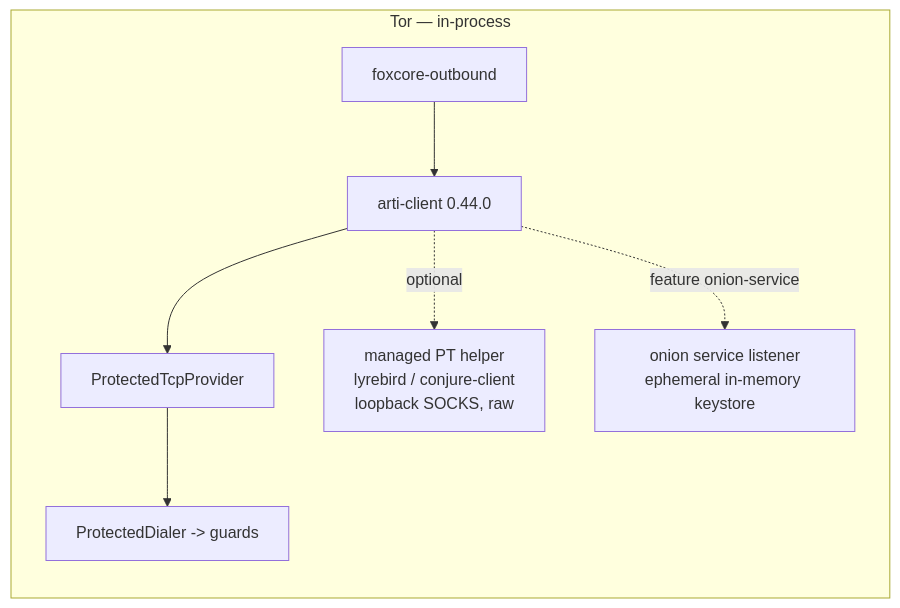
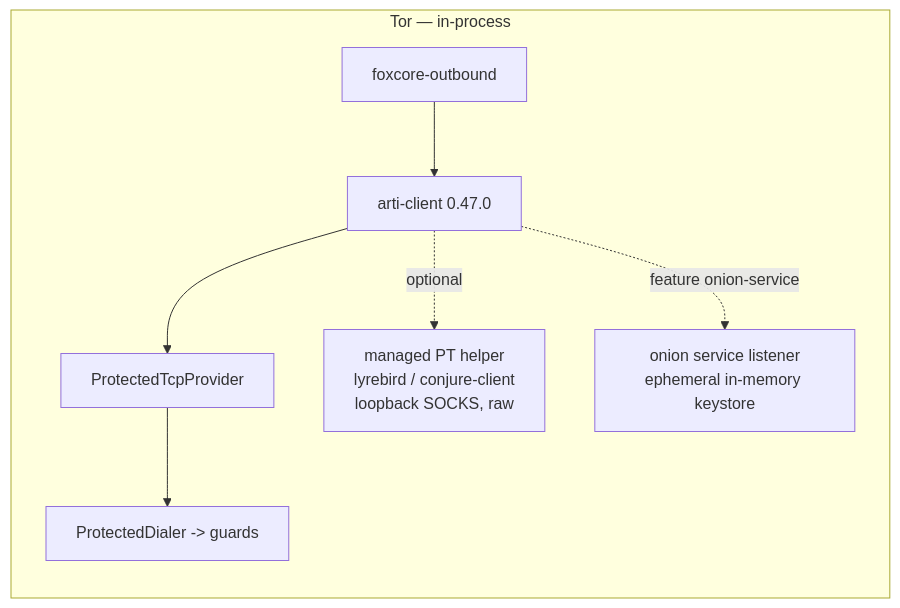
One commit to foxhole-team/foxhole-core changed the second of 5 diagrams in docs/architecture/01-protocols.md. Above: the diagram before and after it, drawn with Mermaid. The commit also changed other lines of this file and 1788 other files, not shown here.

````diff
--- a/docs/architecture/01-protocols.md
+++ b/docs/architecture/01-protocols.md
@@ -139,10 +139,10 @@
 ```mermaid
 flowchart LR
     subgraph tor["Tor — in-process"]
-        A["foxcore-outbound"] --> B["arti-client 0.44.0"]
+        A["foxcore-outbound"] --> B["arti-client 0.47.0"]
         B --> C["ProtectedTcpProvider"]
         C --> D["ProtectedDialer -> guards"]
         B -.->|optional| E["managed PT helper<br/>lyrebird / conjure-client<br/>loopback SOCKS, raw"]
         B -.->|feature onion-service| F["onion service listener<br/>ephemeral in-memory keystore"]
     end
 ```
````
